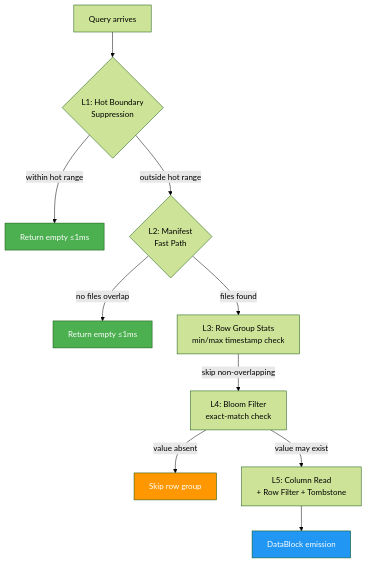
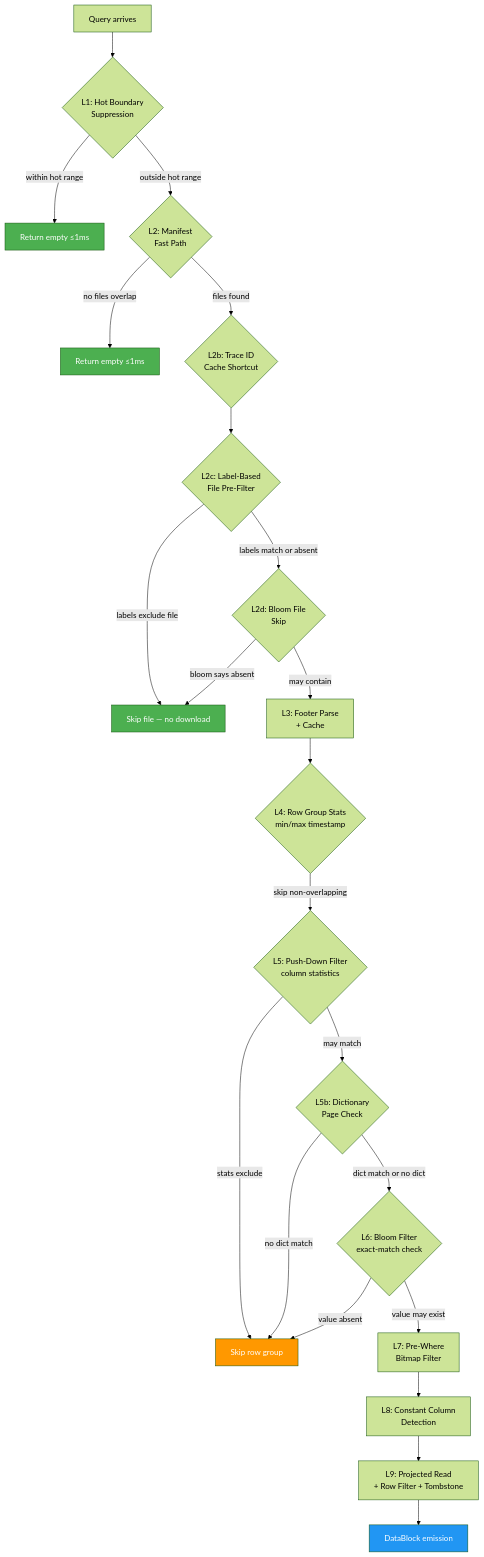
One commit to ReliablyObserve/victoria-lakehouse changed the first of 2 diagrams in docs/read-path.md. Above: the diagram before and after it, drawn with Mermaid (forest theme). The commit also changed other lines of this file and 20 other files, not shown here.

````diff
--- a/docs/read-path.md
+++ b/docs/read-path.md
@@ -27,17 +27,30 @@
 ```mermaid
 flowchart TD
     Q[Query arrives] --> L1{L1: Hot Boundary<br/>Suppression}
     L1 -->|within hot range| EMPTY1[Return empty ≤1ms]
     L1 -->|outside hot range| L2{L2: Manifest<br/>Fast Path}
     L2 -->|no files overlap| EMPTY2[Return empty ≤1ms]
-    L2 -->|files found| L3[L3: Row Group Stats<br/>min/max timestamp check]
-    L3 -->|skip non-overlapping| L4[L4: Bloom Filter<br/>exact-match check]
-    L4 -->|value absent| SKIP[Skip row group]
-    L4 -->|value may exist| L5[L5: Column Read<br/>+ Row Filter + Tombstone]
-    L5 --> DB[DataBlock emission]
+    L2 -->|files found| L2b{L2b: Trace ID<br/>Cache Shortcut}
+    L2b --> L2c{L2c: Label-Based<br/>File Pre-Filter}
+    L2c -->|labels exclude file| FSKIP[Skip file — no download]
+    L2c -->|labels match or absent| L2d{L2d: Bloom File<br/>Skip}
+    L2d -->|bloom says absent| FSKIP
+    L2d -->|may contain| L3[L3: Footer Parse<br/>+ Cache]
+    L3 --> L4{L4: Row Group Stats<br/>min/max timestamp}
+    L4 -->|skip non-overlapping| L5{L5: Push-Down Filter<br/>column statistics}
+    L5 -->|stats exclude| RGSKIP[Skip row group]
+    L5 -->|may match| L5b{L5b: Dictionary<br/>Page Check}
+    L5b -->|no dict match| RGSKIP
+    L5b -->|dict match or no dict| L6{L6: Bloom Filter<br/>exact-match check}
+    L6 -->|value absent| RGSKIP
+    L6 -->|value may exist| L7[L7: Pre-Where<br/>Bitmap Filter]
+    L7 --> L8[L8: Constant Column<br/>Detection]
+    L8 --> L9[L9: Projected Read<br/>+ Row Filter + Tombstone]
+    L9 --> DB[DataBlock emission]
 
     style EMPTY1 fill:#4CAF50,color:#fff
     style EMPTY2 fill:#4CAF50,color:#fff
-    style SKIP fill:#FF9800,color:#fff
+    style FSKIP fill:#4CAF50,color:#fff
+    style RGSKIP fill:#FF9800,color:#fff
     style DB fill:#2196F3,color:#fff
 ```
````
